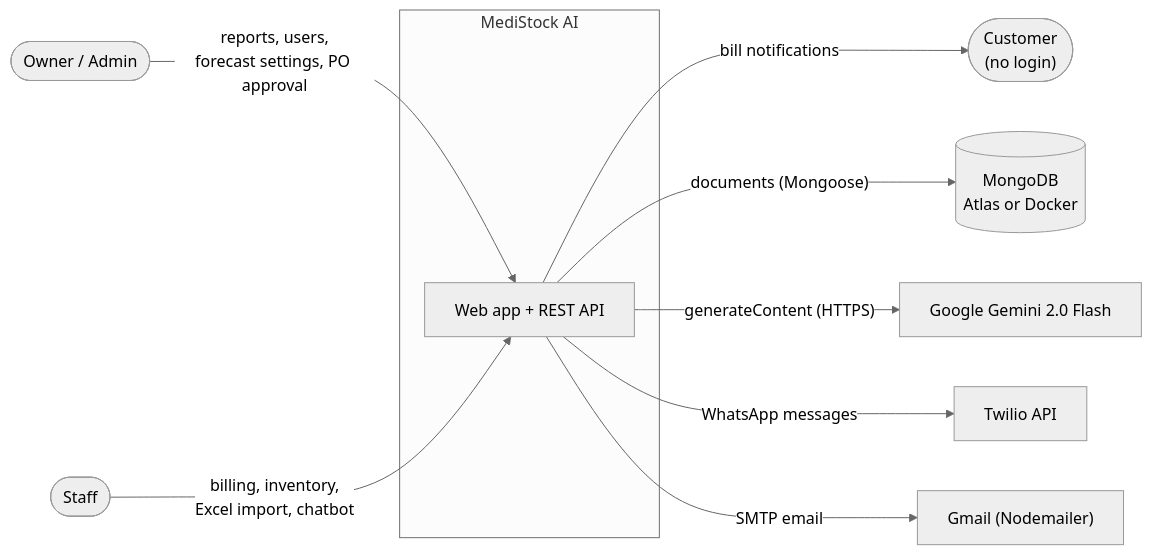
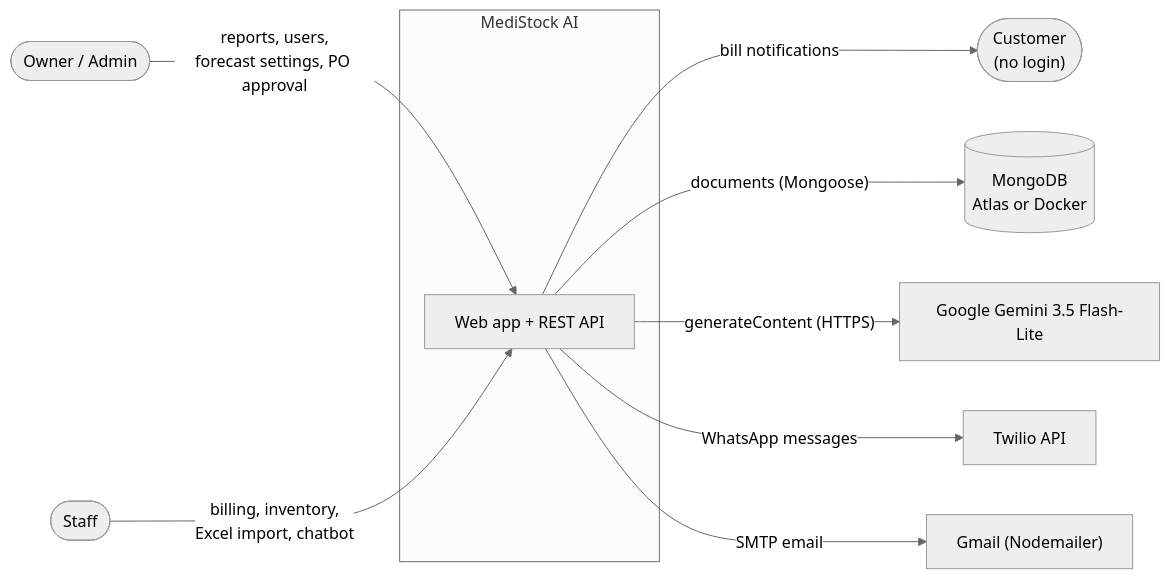
One commit to USER1043/MediStock_AI changed the first of 3 diagrams in docs/architecture.md. Above: the diagram before and after it, drawn with Mermaid (neutral theme). The commit also changed other lines of this file and 7 other files, not shown here.

First line of the commit message:
fix(chatbot): default to gemini-3.5-flash-lite

````diff
--- a/docs/architecture.md
+++ b/docs/architecture.md
@@ -11,19 +11,19 @@
 ```mermaid
 flowchart LR
     owner(["Owner / Admin"])
     staff(["Staff"])
     customer(["Customer<br/>(no login)"])
 
     subgraph ms["MediStock AI"]
         app["Web app + REST API"]
     end
 
     owner -- "reports, users,<br/>forecast settings, PO approval" --> app
     staff -- "billing, inventory,<br/>Excel import, chatbot" --> app
     app -- "bill notifications" --> customer
 
     app -- "documents (Mongoose)" --> db[("MongoDB<br/>Atlas or Docker")]
-    app -- "generateContent (HTTPS)" --> gemini["Google Gemini 2.0 Flash"]
+    app -- "generateContent (HTTPS)" --> gemini["Google Gemini 3.5 Flash-Lite"]
     app -- "WhatsApp messages" --> twilio["Twilio API"]
     app -- "SMTP email" --> gmail["Gmail (Nodemailer)"]
 ```
````
